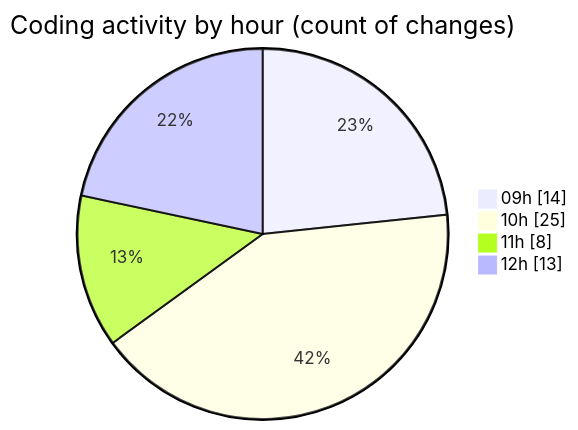
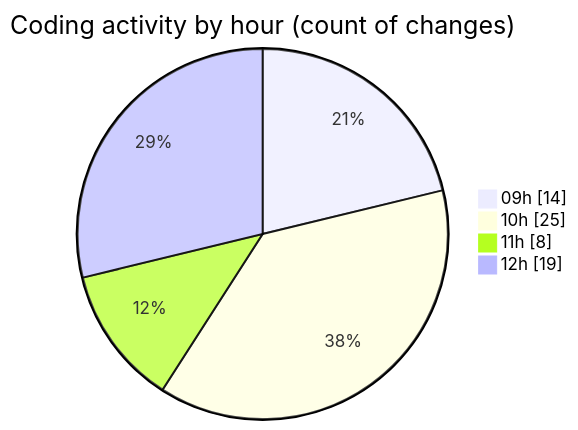
The second of 2 diagrams in 2025-06-03/cda/README.md (momahboobian/code-tracking), drawn with Mermaid before and after one commit. The commit also changed other lines of this file and 1 other file, not shown here.

````diff
--- a/2025-06-03/cda/README.md
+++ b/2025-06-03/cda/README.md
@@ -33,8 +33,8 @@
 ```mermaid
 pie showData
 title Coding activity by hour (count of changes)
 "09h" : 14
 "10h" : 25
 "11h" : 8
-"12h" : 13
+"12h" : 19
 ```
````
